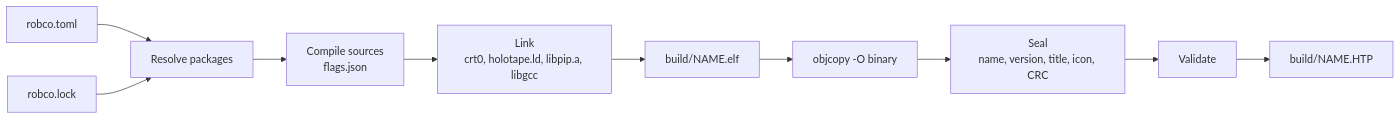
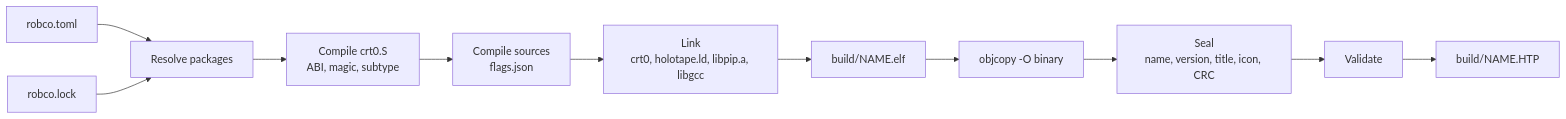
The diagram in docs/spec/STUDIO_PROJECT.md (RobCo-Industries/RobCo-Core), drawn with Mermaid before and after one commit. The commit also changed other lines of this file and 16 other files, not shown here.

````diff
--- a/docs/spec/STUDIO_PROJECT.md
+++ b/docs/spec/STUDIO_PROJECT.md
@@ -152,12 +152,13 @@
 ```mermaid
 flowchart LR
     M["robco.toml"] --> R["Resolve packages"]
     L["robco.lock"] --> R
-    R --> C["Compile sources<br/>flags.json"]
+    R --> A["Compile crt0.S<br/>ABI, magic, subtype"]
+    A --> C["Compile sources<br/>flags.json"]
     C --> K["Link<br/>crt0, holotape.ld, libpip.a, libgcc"]
     K --> E["build/NAME.elf"]
     E --> B["objcopy -O binary"]
     B --> S["Seal<br/>name, version, title, icon, CRC"]
     S --> V["Validate"]
     V --> H["build/NAME.HTP"]
 ```
````
